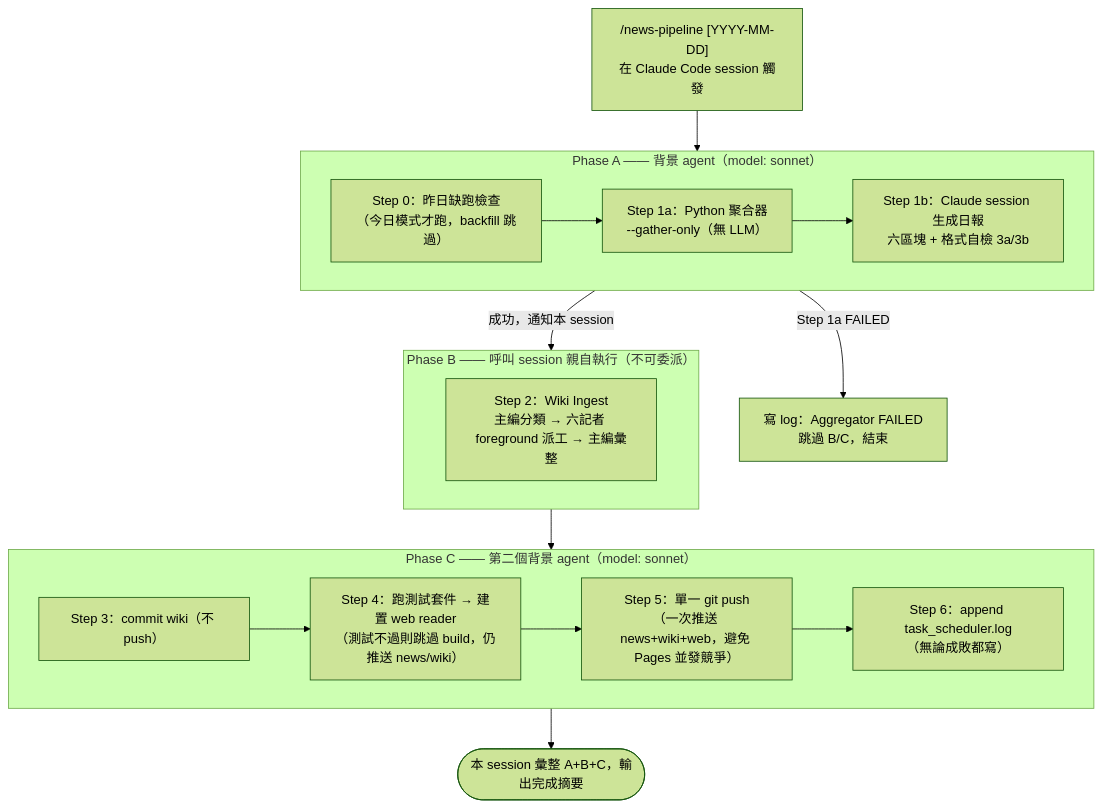
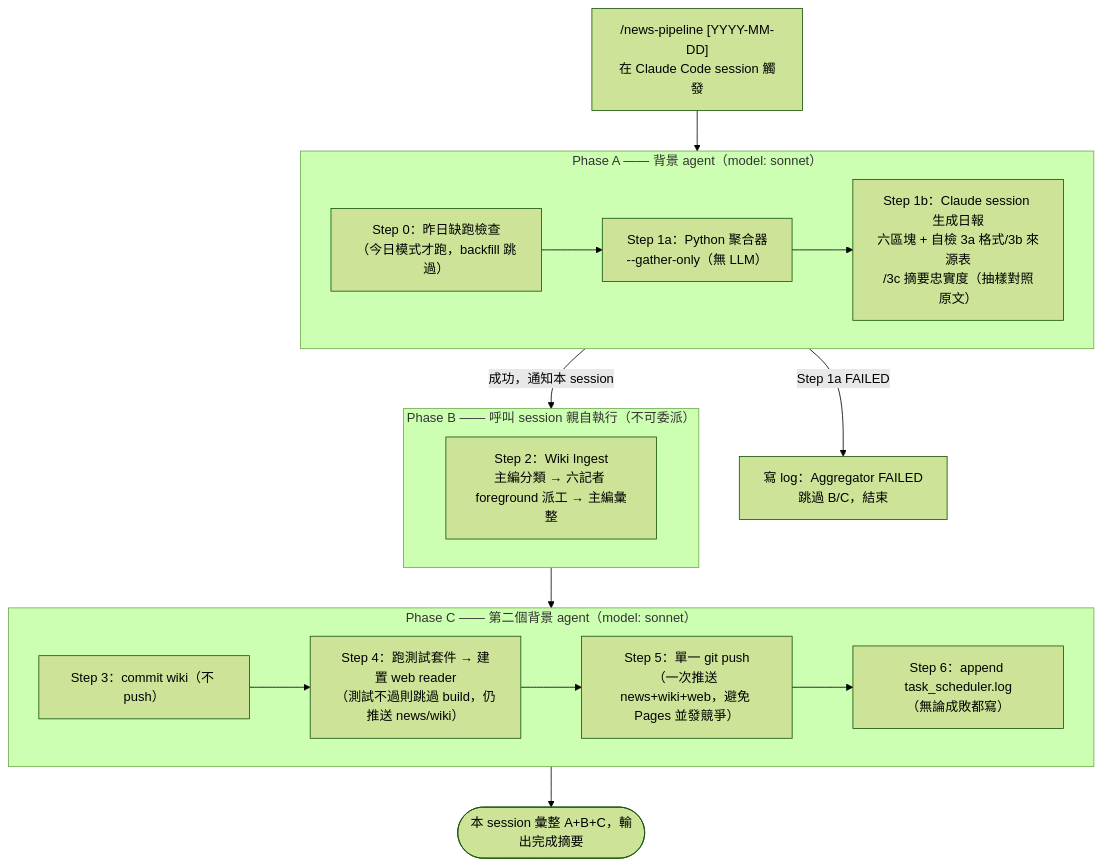
Before and after one commit to mandy82477/claude-news: the first of 7 diagrams in src/DesignDocument/Design Diagram.md, drawn with Mermaid (forest theme). The commit also changed other lines of this file and 2 other files, not shown here.

Commit message:
docs: 架構文件同步 來源評分監控層＋忠實度自檢＋透明度頁（另修 lint 圖 9→10 步既有漂移）

````diff
--- a/src/DesignDocument/Design Diagram.md
+++ b/src/DesignDocument/Design Diagram.md
@@ -18,30 +18,30 @@
 ```mermaid
 flowchart TD
     TRIG["/news-pipeline [YYYY-MM-DD]\n在 Claude Code session 觸發"] --> PA
 
     subgraph PA["Phase A —— 背景 agent（model: sonnet）"]
         S0["Step 0：昨日缺跑檢查\n（今日模式才跑，backfill 跳過）"]
         S1A["Step 1a：Python 聚合器\n--gather-only（無 LLM）"]
-        S1B["Step 1b：Claude session 生成日報\n六區塊 + 格式自檢 3a/3b"]
+        S1B["Step 1b：Claude session 生成日報\n六區塊 + 自檢 3a 格式/3b 來源表\n/3c 摘要忠實度（抽樣對照原文）"]
         S0 --> S1A --> S1B
     end
 
     PA -->|Step 1a FAILED| STOP["寫 log：Aggregator FAILED\n跳過 B/C，結束"]
     PA -->|成功，通知本 session| PB
 
     subgraph PB["Phase B —— 呼叫 session 親自執行（不可委派）"]
         S2["Step 2：Wiki Ingest\n主編分類 → 六記者 foreground 派工 → 主編彙整"]
     end
 
     PB --> PC
 
     subgraph PC["Phase C —— 第二個背景 agent（model: sonnet）"]
         S3["Step 3：commit wiki（不 push）"]
         S4["Step 4：跑測試套件 → 建置 web reader\n（測試不過則跳過 build，仍推送 news/wiki）"]
         S5["Step 5：單一 git push\n（一次推送 news+wiki+web，避免 Pages 並發競爭）"]
         S6["Step 6：append task_scheduler.log\n（無論成敗都寫）"]
         S3 --> S4 --> S5 --> S6
     end
 
     PC --> DONE(["本 session 彙整 A+B+C，輸出完成摘要"])
 ```
````
